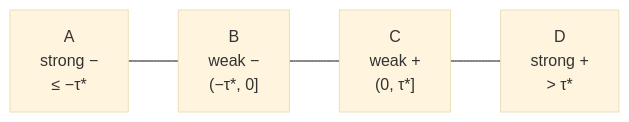
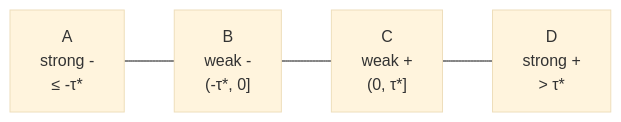
One commit to devlux76/q2 changed the first of 4 diagrams in DESIGN.md. Above: the diagram before and after it, drawn with Mermaid (base theme). The commit also changed other lines of this file and 3 other files, not shown here.

````diff
--- a/DESIGN.md
+++ b/DESIGN.md
@@ -423,4 +423,4 @@
 ```mermaid
 graph LR
-    A["A\nstrong −\n≤ −τ*"] --- B["B\nweak −\n(−τ*, 0]"] --- C["C\nweak +\n(0, τ*]"] --- D["D\nstrong +\n> τ*"]
+    A["A\nstrong -\n≤ -τ*"] --- B["B\nweak -\n(-τ*, 0]"] --- C["C\nweak +\n(0, τ*]"] --- D["D\nstrong +\n> τ*"]
 ```
````
